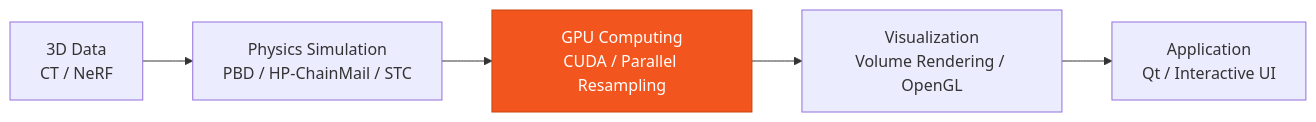
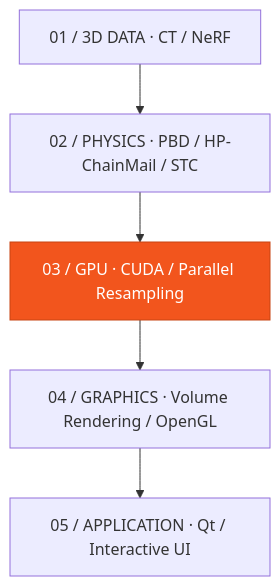
The diagram in README.md (soz1p/soz1p), drawn with Mermaid before and after one commit. The commit also changed other lines of this file, not shown here.

Commit message:
Redesign profile as a bilingual graphics research showcase with six visual project cards

````diff
--- a/README.md
+++ b/README.md
@@ -34,9 +119,9 @@
 ```mermaid
-flowchart LR
-    A["3D Data<br/>CT / NeRF"] --> B["Physics Simulation<br/>PBD / HP-ChainMail / STC"]
-    B --> C["GPU Computing<br/>CUDA / Parallel Resampling"]
-    C --> D["Visualization<br/>Volume Rendering / OpenGL"]
-    D --> E["Application<br/>Qt / Interactive UI"]
+flowchart TD
+    A["01 / 3D DATA · CT / NeRF"] --> B["02 / PHYSICS · PBD / HP-ChainMail / STC"]
+    B --> C["03 / GPU · CUDA / Parallel Resampling"]
+    C --> D["04 / GRAPHICS · Volume Rendering / OpenGL"]
+    D --> E["05 / APPLICATION · Qt / Interactive UI"]
     classDef accent fill:#f2551d,stroke:#c74413,color:#fff
     class C accent
 ```
````
